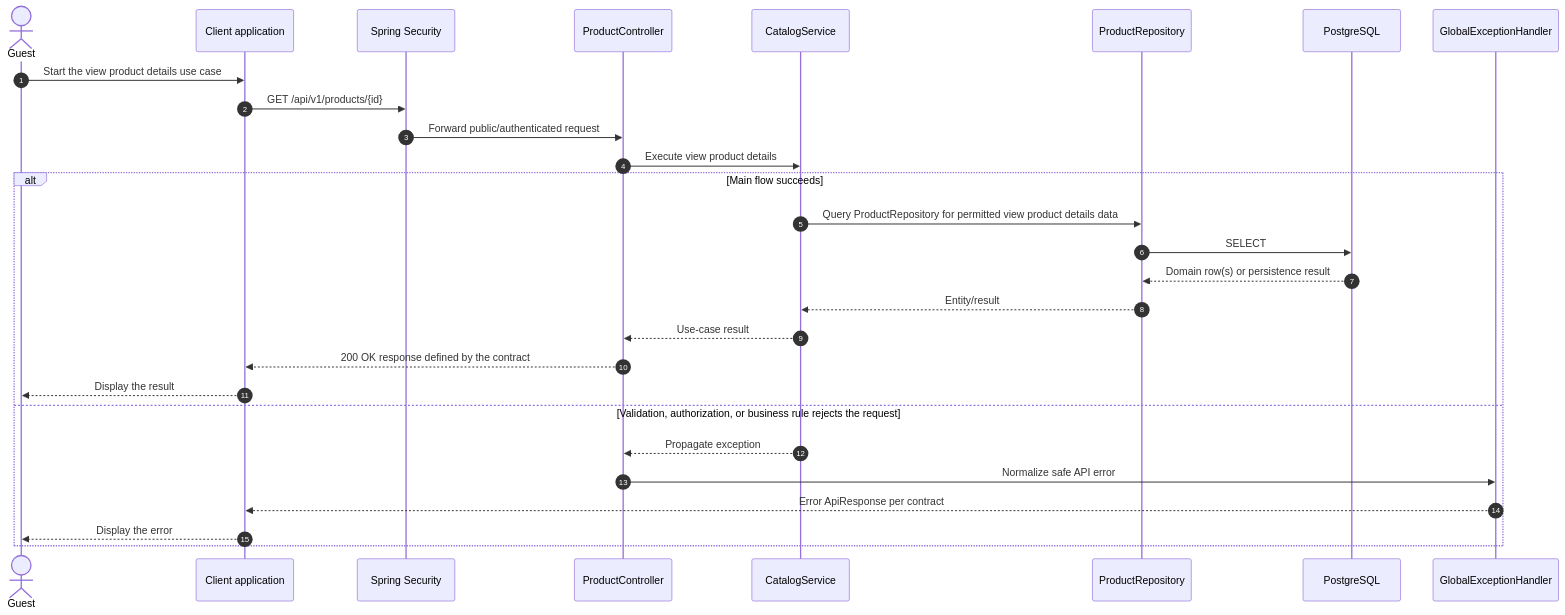
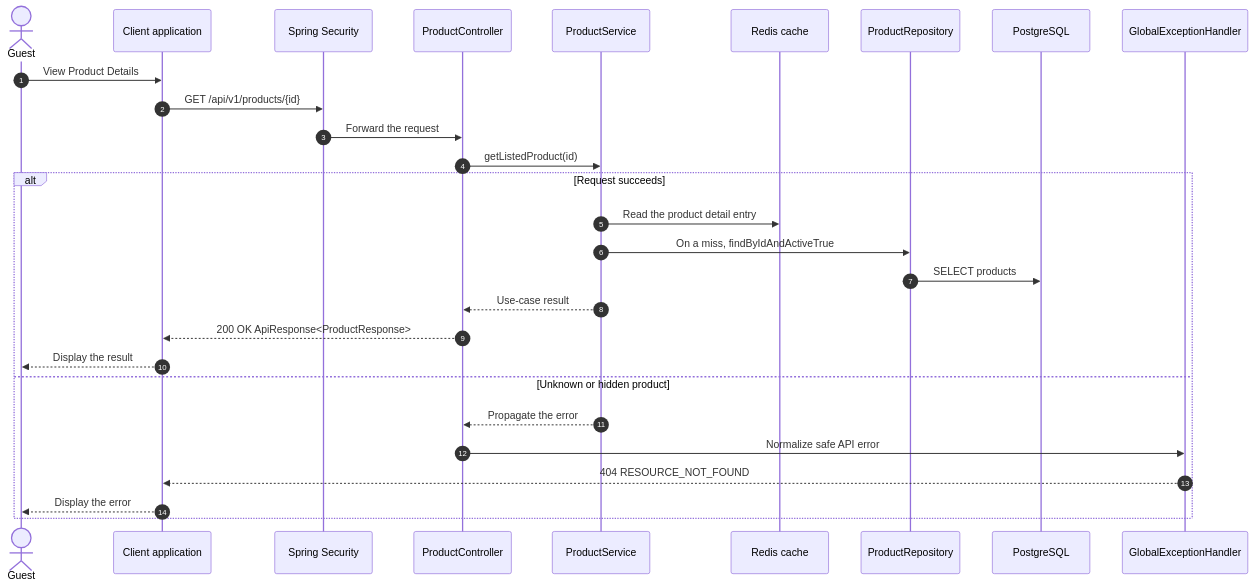
Before and after one commit to e-commercial-marketplace/commerce-platform-docs: the diagram in sequence-diagram/guest/view-product-details.md, drawn with Mermaid. The commit also changed other lines of this file and 232 other files, not shown here.

Commit message:
docs(usecase): align use cases, specs, activity and sequence diagrams with the backend

````diff
--- a/sequence-diagram/guest/view-product-details.md
+++ b/sequence-diagram/guest/view-product-details.md
@@ -9,30 +7,30 @@
 ```mermaid
 sequenceDiagram
     autonumber
     actor Guest
     participant Client as Client application
     participant Security as Spring Security
     participant Controller as ProductController
-    participant Service as CatalogService
+    participant Service as ProductService
+    participant Cache as Redis cache
     participant Repo as ProductRepository
     participant DB as PostgreSQL
     participant Handler as GlobalExceptionHandler
-    Guest->>Client: Start the view product details use case
+    Guest->>Client: View Product Details
     Client->>Security: GET /api/v1/products/{id}
-    Security->>Controller: Forward public/authenticated request
-    Controller->>Service: Execute view product details
-    alt Main flow succeeds
-        Service->>Repo: Query ProductRepository for permitted view product details data
-        Repo->>DB: SELECT
-        DB-->>Repo: Domain row(s) or persistence result
-        Repo-->>Service: Entity/result
+    Security->>Controller: Forward the request
+    Controller->>Service: getListedProduct(id)
+    alt Request succeeds
+        Service->>Cache: Read the product detail entry
+        Service->>Repo: On a miss, findByIdAndActiveTrue
+        Repo->>DB: SELECT products
         Service-->>Controller: Use-case result
-        Controller-->>Client: 200 OK response defined by the contract
+        Controller-->>Client: 200 OK ApiResponse<ProductResponse>
         Client-->>Guest: Display the result
-    else Validation, authorization, or business rule rejects the request
-        Service-->>Controller: Propagate exception
+    else Unknown or hidden product
+        Service-->>Controller: Propagate the error
         Controller->>Handler: Normalize safe API error
-        Handler-->>Client: Error ApiResponse per contract
+        Handler-->>Client: 404 RESOURCE_NOT_FOUND
         Client-->>Guest: Display the error
     end
 ```
````
